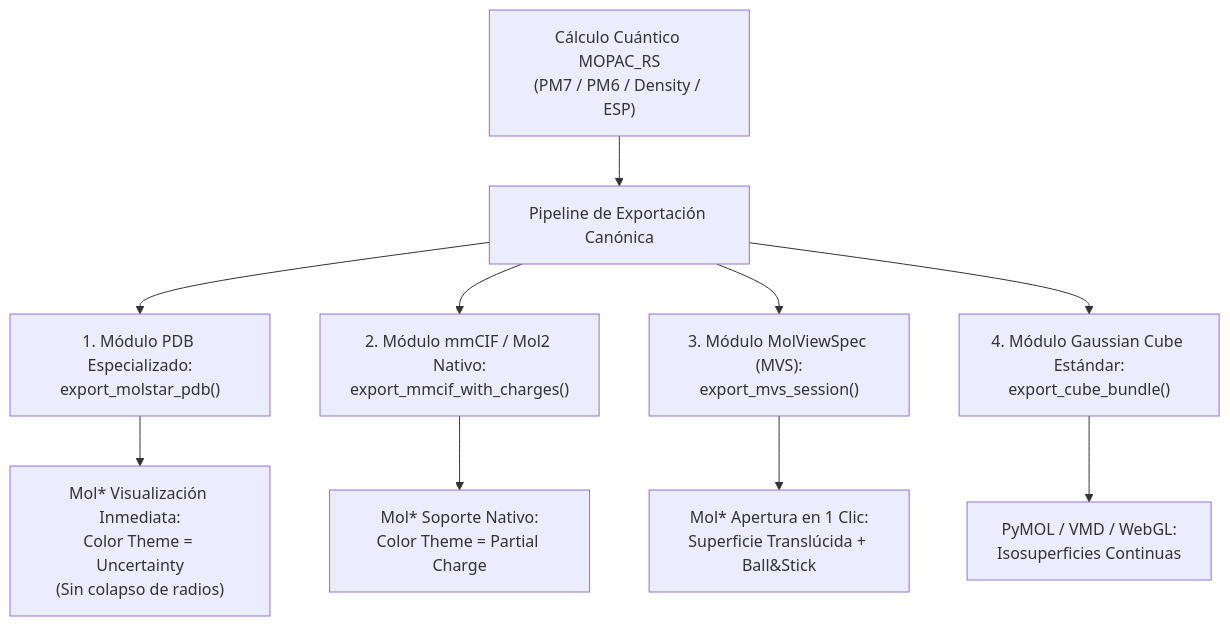
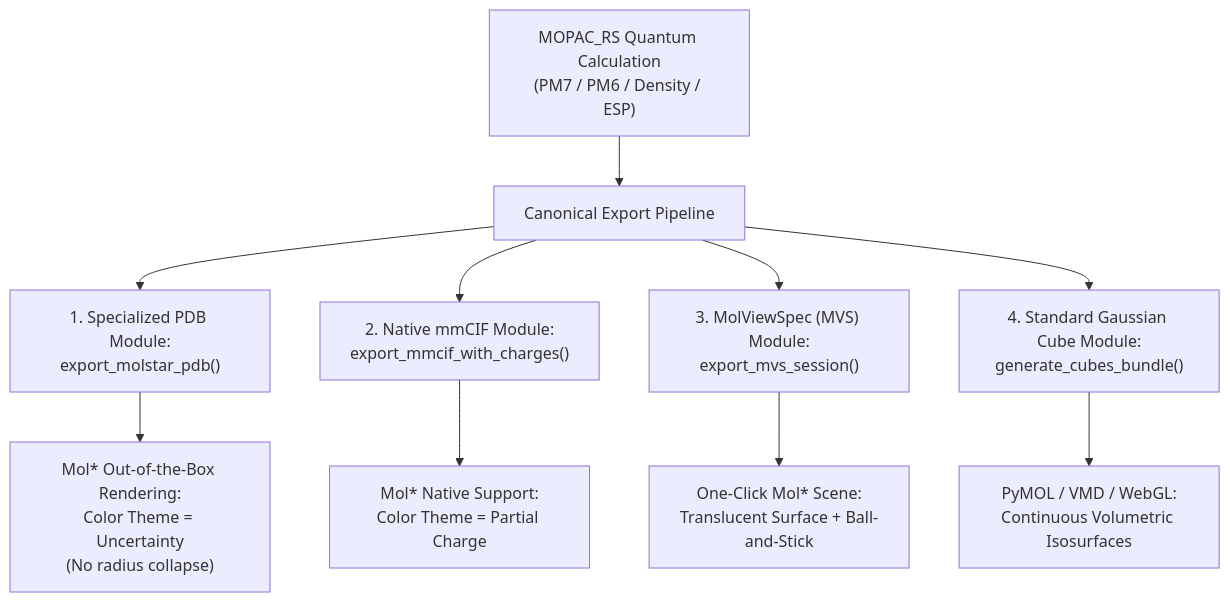
The diagram in explanations/06_VOLUMETRIC_INTEROP_CUBE_PDB_MOLSTAR_AUDIT.md (zephsystems/mopac_rs), drawn with Mermaid before and after one commit. The commit also changed other lines of this file and 50 other files, not shown here.

Commit message:
release: v0.2.0 — DOP parallel SCF engine, compact COSMO, QuantumSession, and Python API parity

````diff
--- a/explanations/06_VOLUMETRIC_INTEROP_CUBE_PDB_MOLSTAR_AUDIT.md
+++ b/explanations/06_VOLUMETRIC_INTEROP_CUBE_PDB_MOLSTAR_AUDIT.md
@@ -104,13 +104,13 @@
 ```mermaid
 flowchart TD
-    A["Cálculo Cuántico MOPAC_RS<br/>(PM7 / PM6 / Density / ESP)"] --> B["Pipeline de Exportación Canónica"]
-    B --> C["1. Módulo PDB Especializado:<br/>export_molstar_pdb()"]
-    B --> D["2. Módulo mmCIF / Mol2 Nativo:<br/>export_mmcif_with_charges()"]
-    B --> E["3. Módulo MolViewSpec (MVS):<br/>export_mvs_session()"]
-    B --> F["4. Módulo Gaussian Cube Estándar:<br/>export_cube_bundle()"]
+    A["MOPAC_RS Quantum Calculation<br/>(PM7 / PM6 / Density / ESP)"] --> B["Canonical Export Pipeline"]
+    B --> C["1. Specialized PDB Module:<br/>export_molstar_pdb()"]
+    B --> D["2. Native mmCIF Module:<br/>export_mmcif_with_charges()"]
+    B --> E["3. MolViewSpec (MVS) Module:<br/>export_mvs_session()"]
+    B --> F["4. Standard Gaussian Cube Module:<br/>generate_cubes_bundle()"]
 
-    C --> G["Mol* Visualización Inmediata:<br/>Color Theme = Uncertainty<br/>(Sin colapso de radios)"]
-    D --> H["Mol* Soporte Nativo:<br/>Color Theme = Partial Charge"]
-    E --> I["Mol* Apertura en 1 Clic:<br/>Superficie Translúcida + Ball&Stick"]
-    F --> J["PyMOL / VMD / WebGL:<br/>Isosuperficies Continuas"]
+    C --> G["Mol* Out-of-the-Box Rendering:<br/>Color Theme = Uncertainty<br/>(No radius collapse)"]
+    D --> H["Mol* Native Support:<br/>Color Theme = Partial Charge"]
+    E --> I["One-Click Mol* Scene:<br/>Translucent Surface + Ball-and-Stick"]
+    F --> J["PyMOL / VMD / WebGL:<br/>Continuous Volumetric Isosurfaces"]
 ```
````
